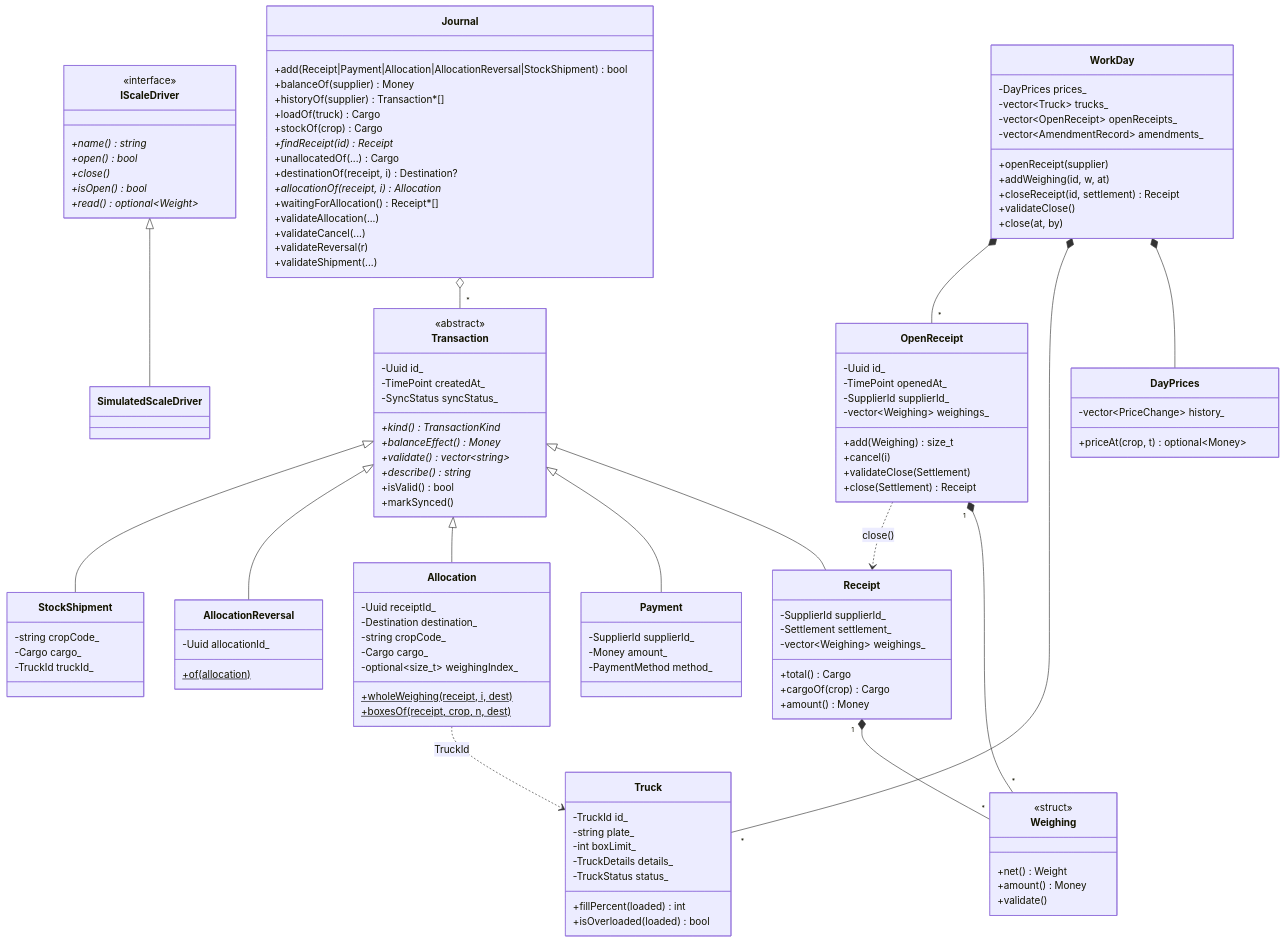
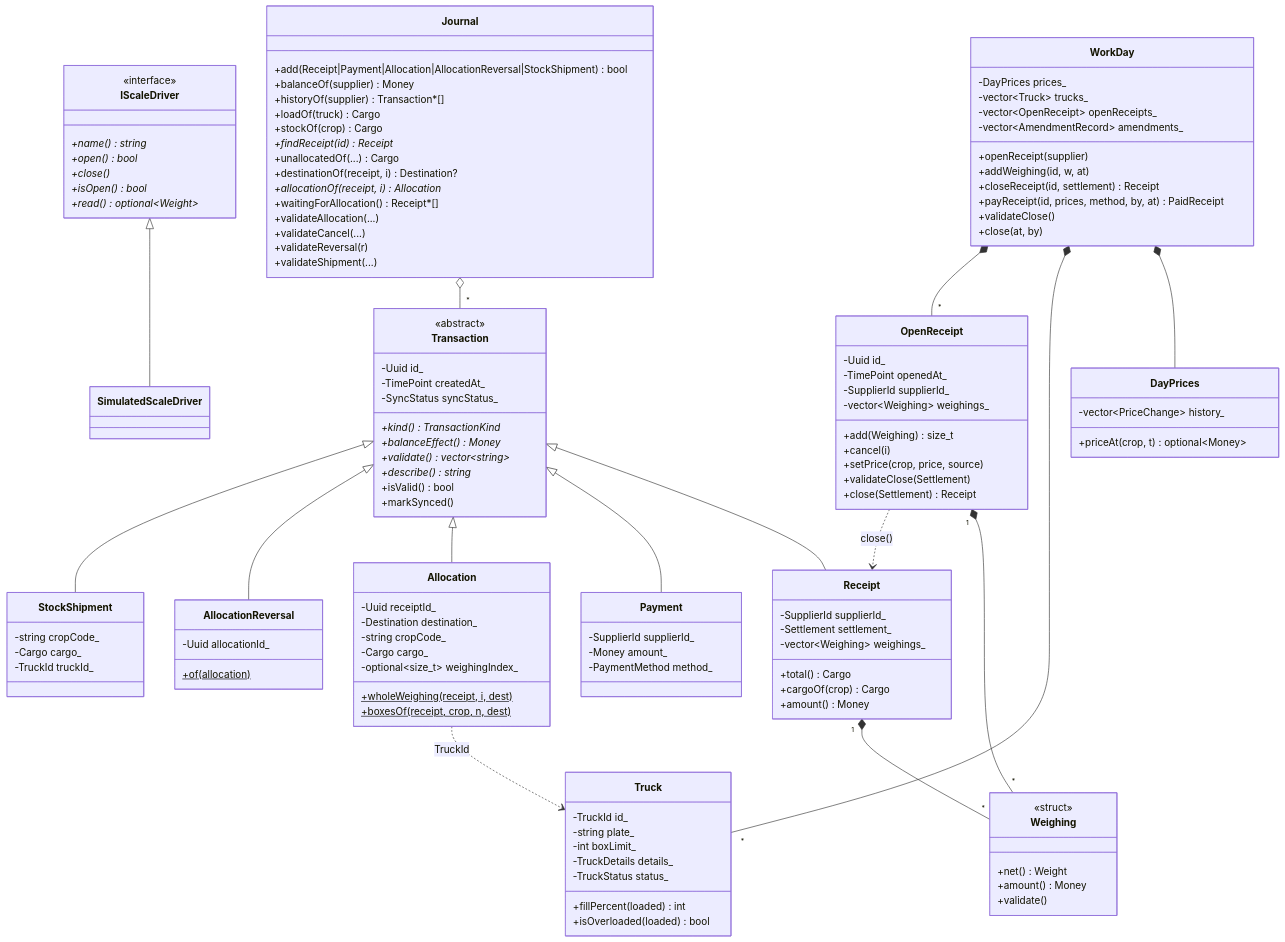
The first of 3 diagrams in docs/domain.md (IsNazarii/Berry-WMS-Terminal), drawn with Mermaid before and after one commit. The commit also changed other lines of this file and 7 other files, not shown here.

First line of the commit message:
Core: pay a receipt at one price per crop

```diff
--- a/docs/domain.md
+++ b/docs/domain.md
@@ -117,6 +117,7 @@
         -vector~Weighing~ weighings_
         +add(Weighing) size_t
         +cancel(i)
+        +setPrice(crop, price, source)
         +validateClose(Settlement)
         +close(Settlement) Receipt
     }
@@ -150,6 +151,7 @@
         +openReceipt(supplier)
         +addWeighing(id, w, at)
         +closeReceipt(id, settlement) Receipt
+        +payReceipt(id, prices, method, by, at) PaidReceipt
         +validateClose()
         +close(at, by)
     }
```
